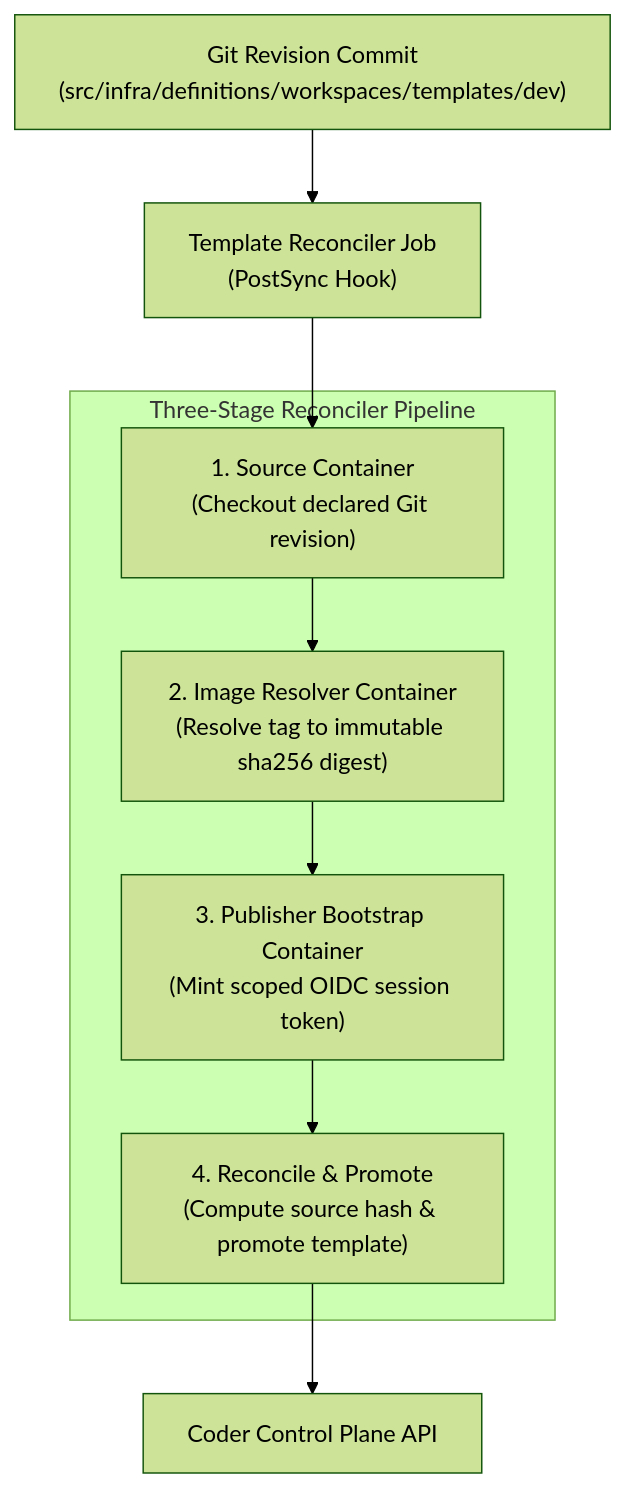
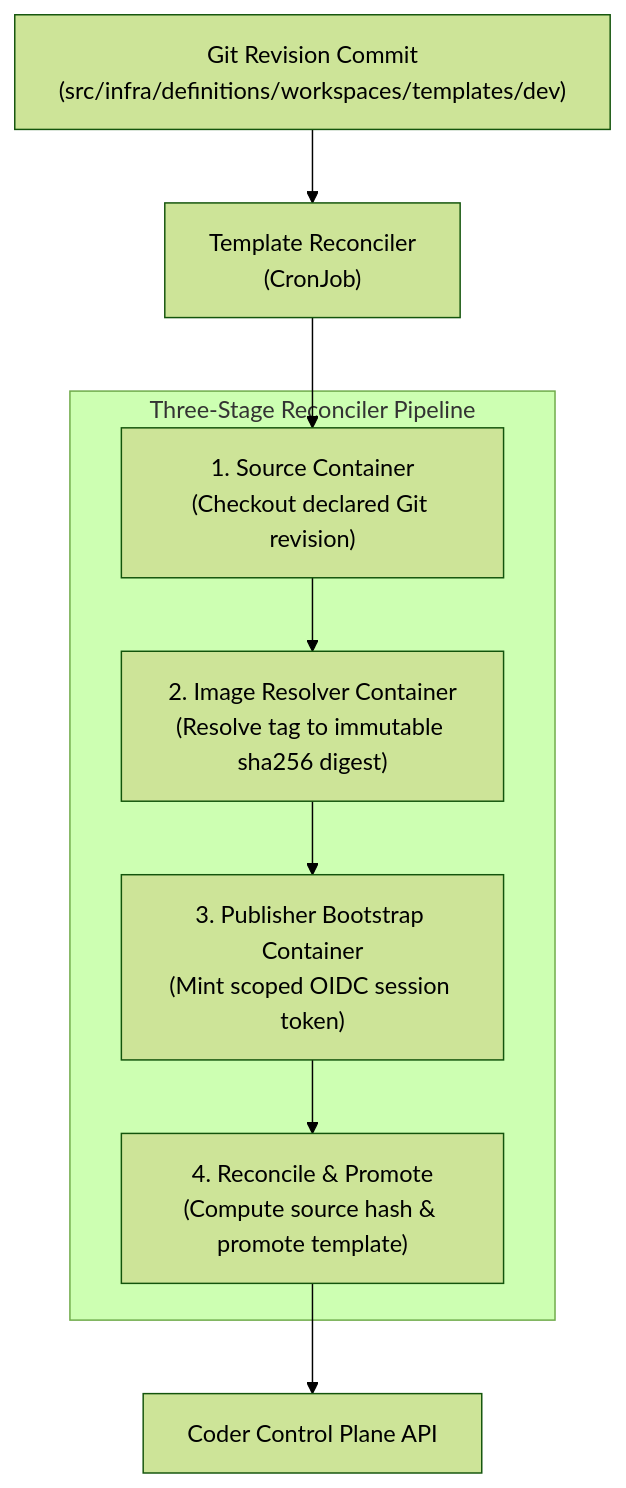
The fourth of 5 diagrams in src/infra/argocd/components/coder/README.md (simonepri/openplex), drawn with Mermaid (forest theme) before and after one commit. The commit also changed other lines of this file and 56 other files, not shown here.

````diff
--- a/src/infra/argocd/components/coder/README.md
+++ b/src/infra/argocd/components/coder/README.md
@@ -662,17 +671,17 @@
 ```mermaid
 flowchart TD
-    GitCommit["Git Revision Commit<br/>(src/infra/definitions/workspaces/templates/dev)"] --> ReconcilerJob["Template Reconciler Job<br/>(PostSync Hook)"]
+    GitCommit["Git Revision Commit<br/>(src/infra/definitions/workspaces/templates/dev)"] --> ReconcilerJob["Template Reconciler<br/>(CronJob)"]
     
     subgraph Pipeline["Three-Stage Reconciler Pipeline"]
         SourceInit["1. Source Container<br/>(Checkout declared Git revision)"]
         CraneInit["2. Image Resolver Container<br/>(Resolve tag to immutable sha256 digest)"]
         BootstrapInit["3. Publisher Bootstrap Container<br/>(Mint scoped OIDC session token)"]
         PromoteStep["4. Reconcile & Promote<br/>(Compute source hash & promote template)"]
     end
 
     ReconcilerJob --> SourceInit
     SourceInit --> CraneInit
     CraneInit --> BootstrapInit
     BootstrapInit --> PromoteStep
     PromoteStep --> CoderAPI["Coder Control Plane API"]
 ```
````
